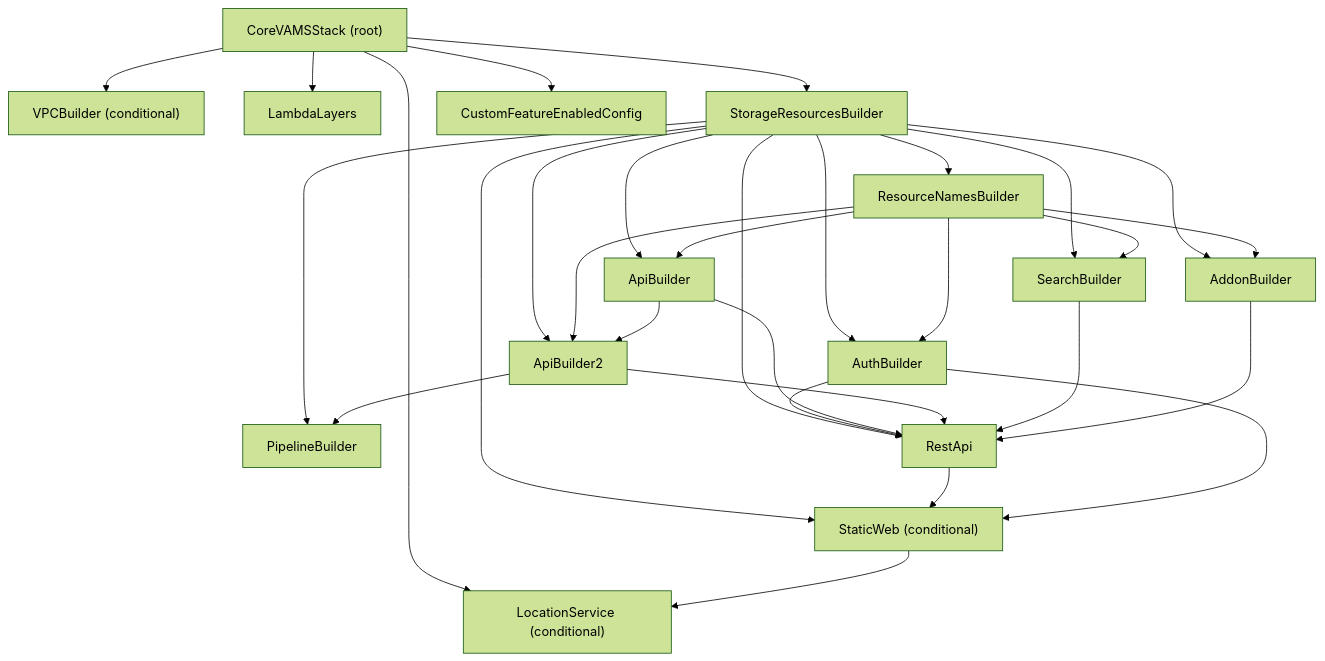
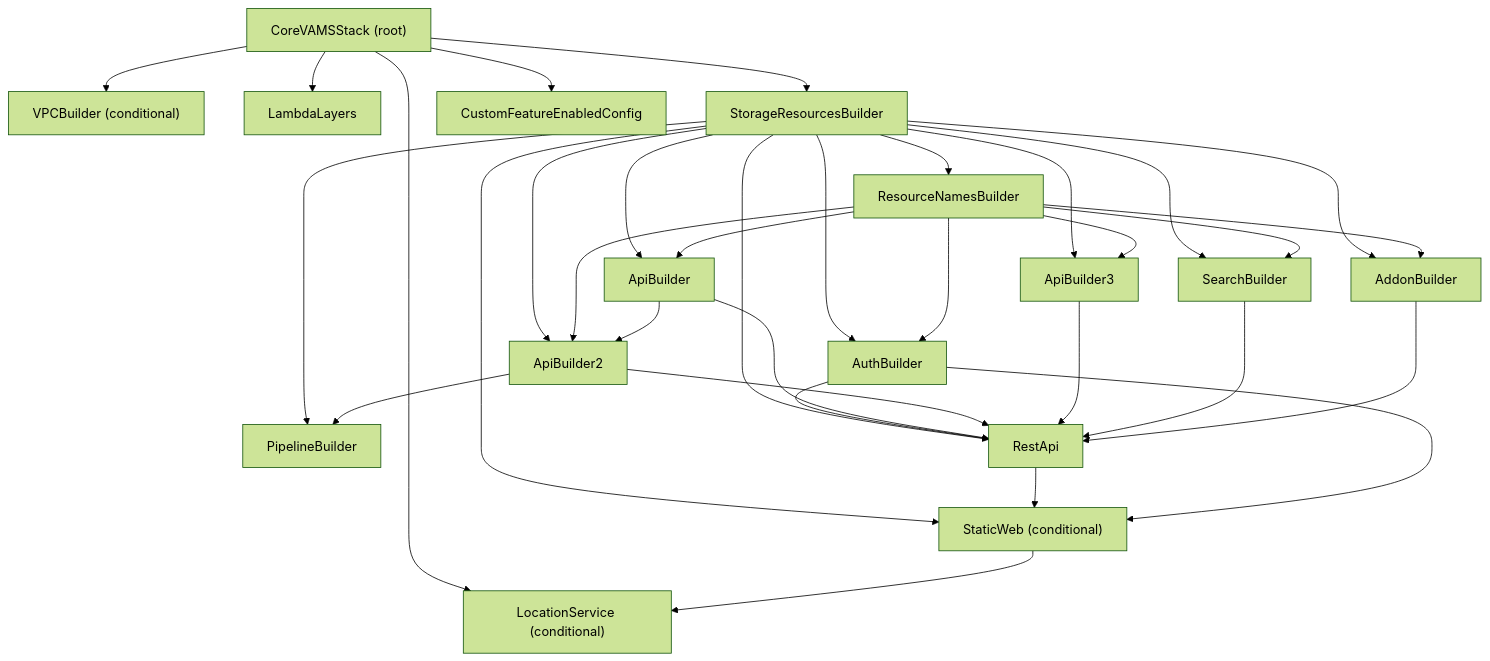
One commit to awslabs/visual-asset-management-system changed the diagram in documentation/docusaurus-site/docs/developer/cdk.md. Above: the diagram before and after it, drawn with Mermaid (forest theme). The commit also changed other lines of this file and 11 other files, not shown here.

First line of the commit message:
Document the minimal ApiBuilder3 move and guard the shipped and worst-case cells (#1535)

````diff
--- a/documentation/docusaurus-site/docs/developer/cdk.md
+++ b/documentation/docusaurus-site/docs/developer/cdk.md
@@ -24,48 +24,52 @@
 ```mermaid
 graph TD
     Core["CoreVAMSStack (root)"]
     VPC["VPCBuilder (conditional)"]
     Layers["LambdaLayers"]
     Storage["StorageResourcesBuilder"]
     Names["ResourceNamesBuilder"]
     Auth["AuthBuilder"]
     Api["ApiBuilder"]
     Api2["ApiBuilder2"]
+    Api3["ApiBuilder3"]
     Search["SearchBuilder"]
     Pipeline["PipelineBuilder"]
     Addon["AddonBuilder"]
     Rest["RestApi"]
     Web["StaticWeb (conditional)"]
     Location["LocationService (conditional)"]
     Feature["CustomFeatureEnabledConfig"]
 
     Core --> VPC
     Core --> Layers
     Core --> Storage
     Core --> Location
     Core --> Feature
     Storage --> Names
     Storage --> Auth
     Names --> Auth
     Storage --> Api
     Names --> Api
     Storage --> Api2
     Names --> Api2
+    Storage --> Api3
+    Names --> Api3
     Api --> Api2
     Storage --> Search
     Names --> Search
     Storage --> Pipeline
     Api2 --> Pipeline
     Storage --> Addon
     Names --> Addon
     Storage --> Rest
     Auth --> Rest
     Api --> Rest
     Api2 --> Rest
+    Api3 --> Rest
     Search --> Rest
     Addon --> Rest
     Storage --> Web
     Rest --> Web
     Auth --> Web
     Web --> Location
 ```
````
